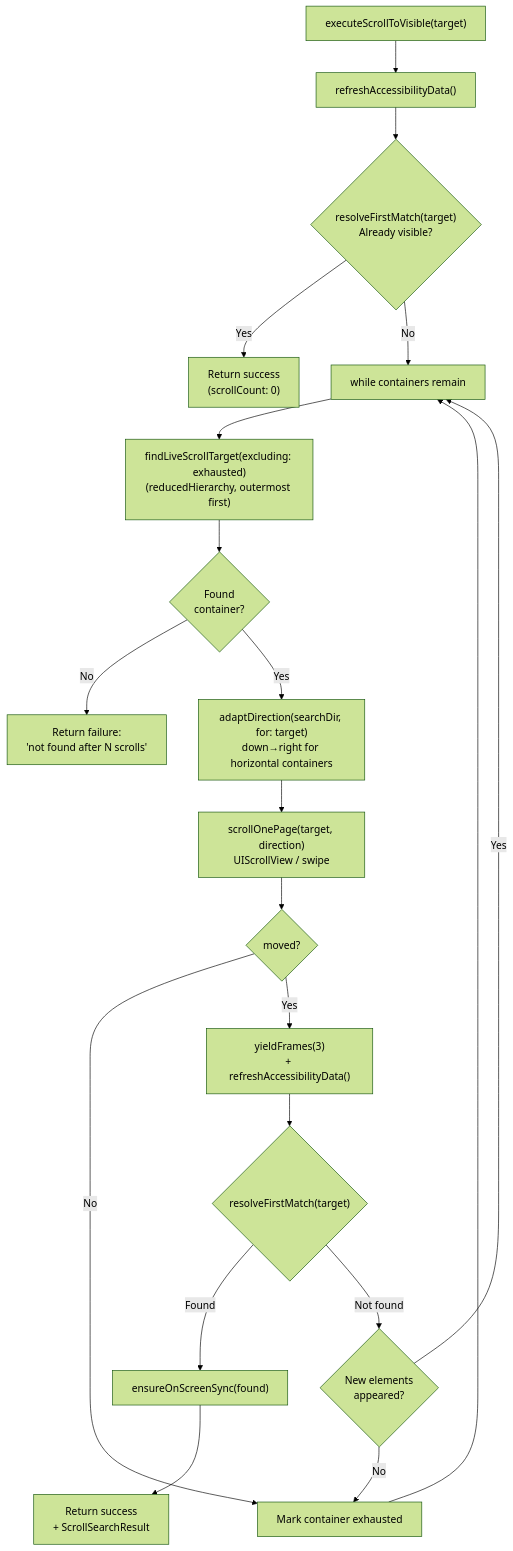
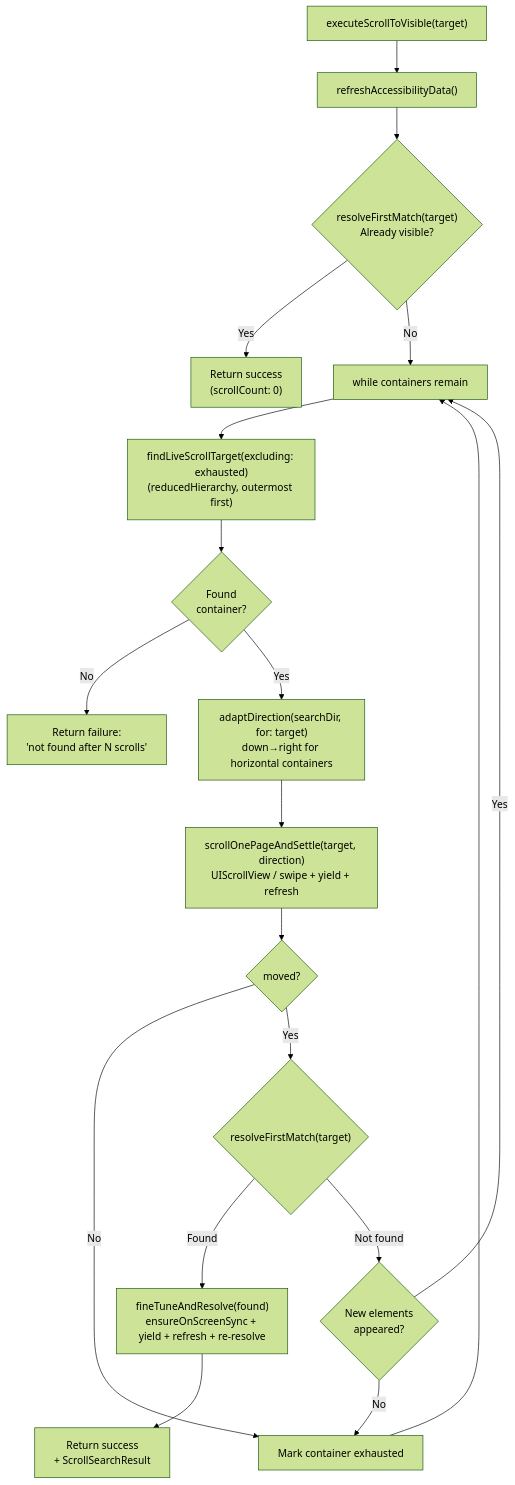
The second of 2 diagrams in docs/dossiers/04a-SCROLLING.md (RoyalPineapple/TheButtonHeist), drawn with Mermaid (forest theme) before and after one commit. The commit also changed other lines of this file and 6 other files, not shown here.

````diff
--- a/docs/dossiers/04a-SCROLLING.md
+++ b/docs/dossiers/04a-SCROLLING.md
@@ -151,25 +148,24 @@
 ```mermaid
 flowchart TD
     S["executeScrollToVisible(target)"] --> REF["refreshAccessibilityData()"]
     REF --> CHK{"resolveFirstMatch(target)<br/>Already visible?"}
     CHK -->|Yes| DONE["Return success<br/>(scrollCount: 0)"]
     CHK -->|No| LOOP["while containers remain"]
 
     LOOP --> FIND["findLiveScrollTarget(excluding: exhausted)<br/>(reducedHierarchy, outermost first)"]
     FIND --> SVOK{Found<br/>container?}
     SVOK -->|No| FAILN["Return failure:<br/>'not found after N scrolls'"]
     SVOK -->|Yes| ADAPT["adaptDirection(searchDir, for: target)<br/>down→right for horizontal containers"]
 
-    ADAPT --> SCROLL["scrollOnePage(target, direction)<br/>UIScrollView / swipe"]
+    ADAPT --> SCROLL["scrollOnePageAndSettle(target, direction)<br/>UIScrollView / swipe + yield + refresh"]
     SCROLL --> MOVED{moved?}
     MOVED -->|No| EXHAUST["Mark container exhausted"]
     EXHAUST --> LOOP
 
-    MOVED -->|Yes| SETTLE["yieldFrames(3)<br/>+ refreshAccessibilityData()"]
-    SETTLE --> FM{"resolveFirstMatch(target)"}
-    FM -->|Found| ENS["ensureOnScreenSync(found)"]
-    ENS --> END["Return success<br/>+ ScrollSearchResult"]
+    MOVED -->|Yes| FM{"resolveFirstMatch(target)"}
+    FM -->|Found| FT["fineTuneAndResolve(found)<br/>ensureOnScreenSync + yield + refresh + re-resolve"]
+    FT --> END["Return success<br/>+ ScrollSearchResult"]
     FM -->|Not found| NEW{New elements<br/>appeared?}
     NEW -->|No| EXHAUST
     NEW -->|Yes| LOOP
 ```
````
